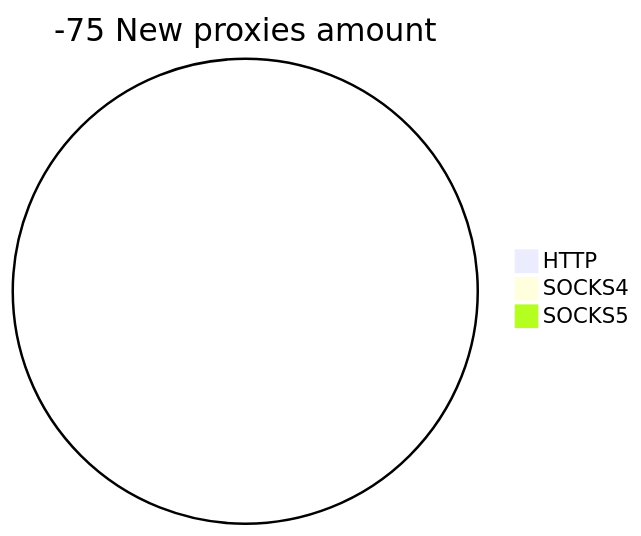
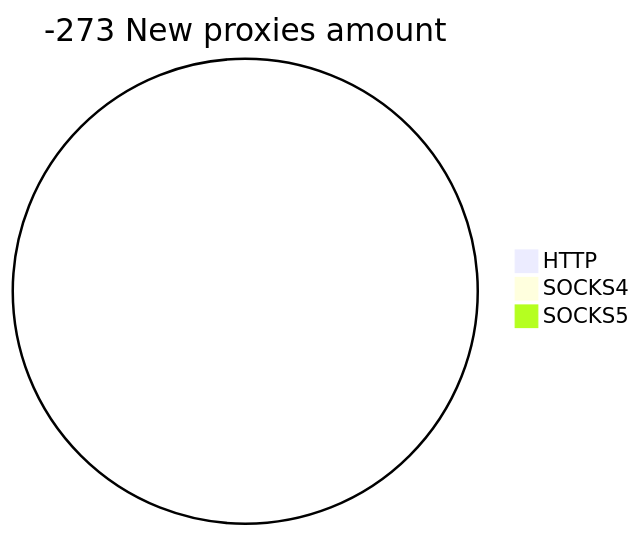
Before and after one commit to cutipu/proxylist: the second of 2 diagrams in README.md, drawn with Mermaid. The commit also changed other lines of this file, not shown here.

````diff
--- a/README.md
+++ b/README.md
@@ -10,6 +10,6 @@
 ```mermaid
-pie title -75 New proxies amount
+pie title -273 New proxies amount
     "HTTP" : 0
     "SOCKS4" : 0
     "SOCKS5" : 0
 ```
````
